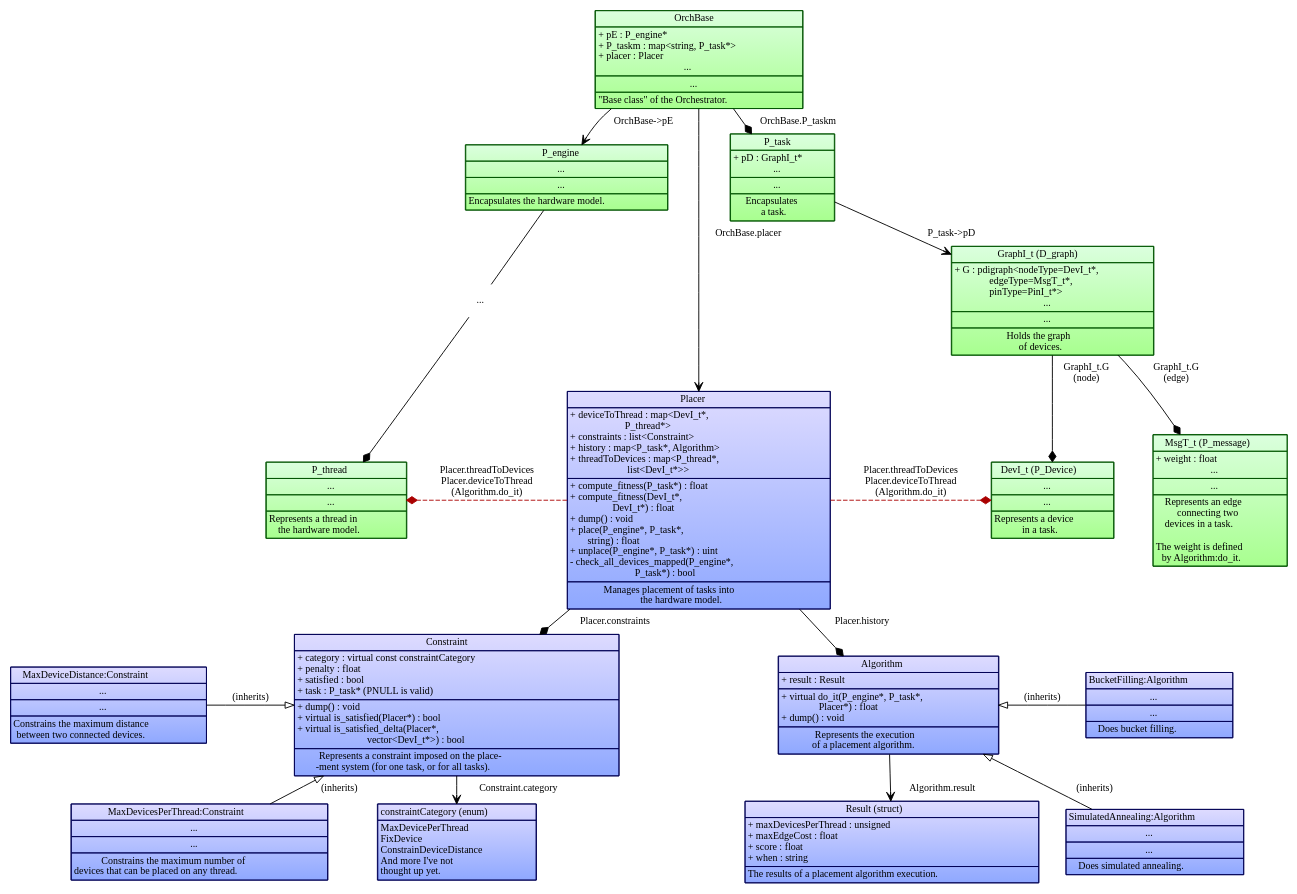
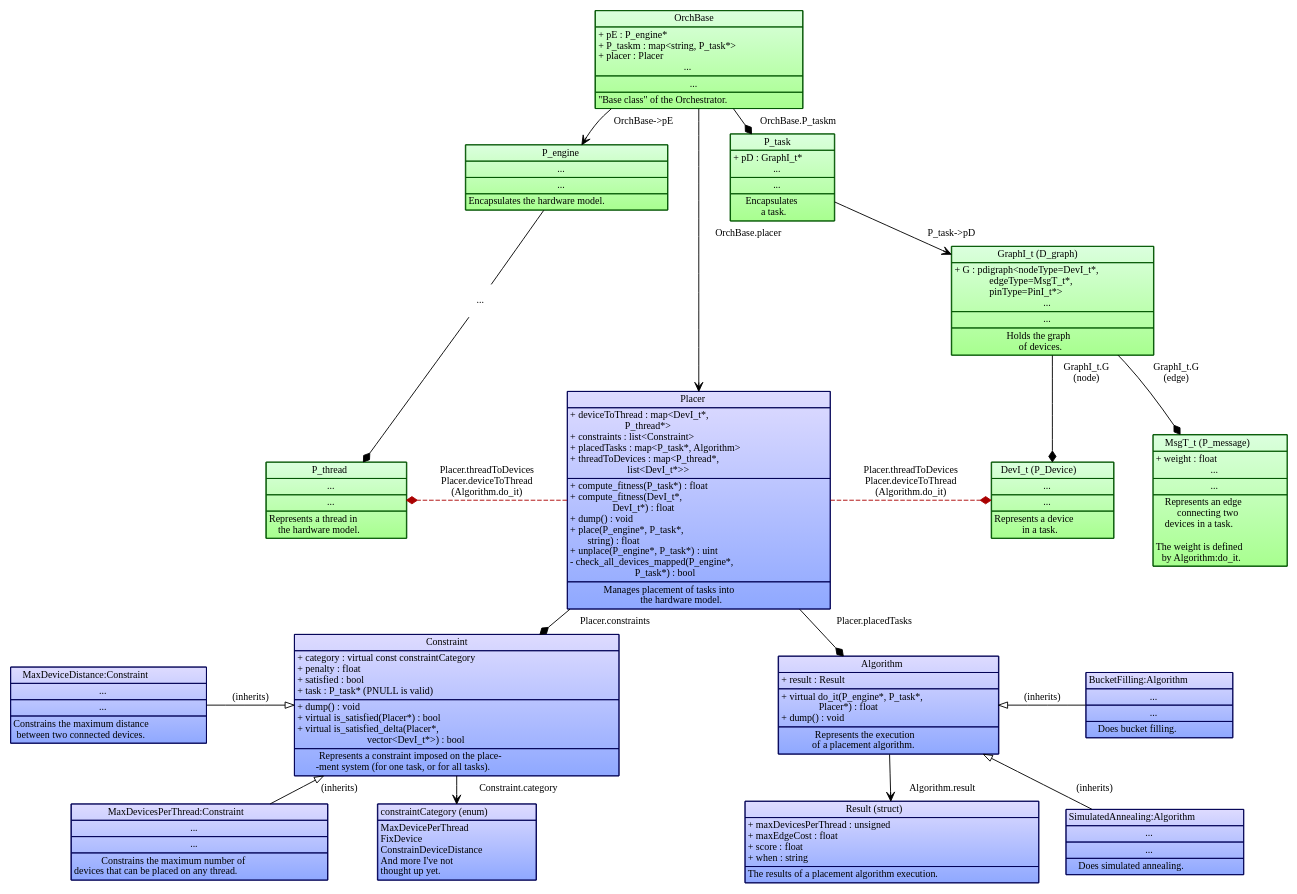
The diagram in images/source/placement_design_data_structure.dot (POETSII/orchestrator-documentation), drawn with Graphviz before and after one commit. The commit also changed 1 other file, not shown here.

```diff
--- a/images/source/placement_design_data_structure.dot
+++ b/images/source/placement_design_data_structure.dot
@@ -126,7 +126,7 @@
 + deviceToThread : map&lt;DevI_t*,<BR ALIGN="LEFT"/>
                        P_thread*&gt;<BR ALIGN="LEFT"/>
 + constraints : list&lt;Constraint&gt;<BR ALIGN="LEFT"/>
-+ history : map&lt;P_task*, Algorithm&gt;<BR ALIGN="LEFT"/>
++ placedTasks : map&lt;P_task*, Algorithm&gt;<BR ALIGN="LEFT"/>
 + threadToDevices : map&lt;P_thread*,<BR ALIGN="LEFT"/>
                         list&lt;DevI_t*&gt;&gt;<BR ALIGN="LEFT"/>
 </TD></TR>
@@ -286,7 +286,7 @@
     {edge[arrowhead="diamond"];
         OrchBase -> P_task[label=" OrchBase.P_taskm"];
         Placer -> Constraint[label=" Placer.constraints"];
-        Placer -> Algorithm[label=" Placer.history"];
+        Placer -> Algorithm[label=" Placer.placedTasks"];
         GraphI_t -> DevI_t[label=" GraphI_t.G\n (node)"];
         GraphI_t -> MsgT_t[label=" GraphI_t.G\n (edge)"];
 
```
